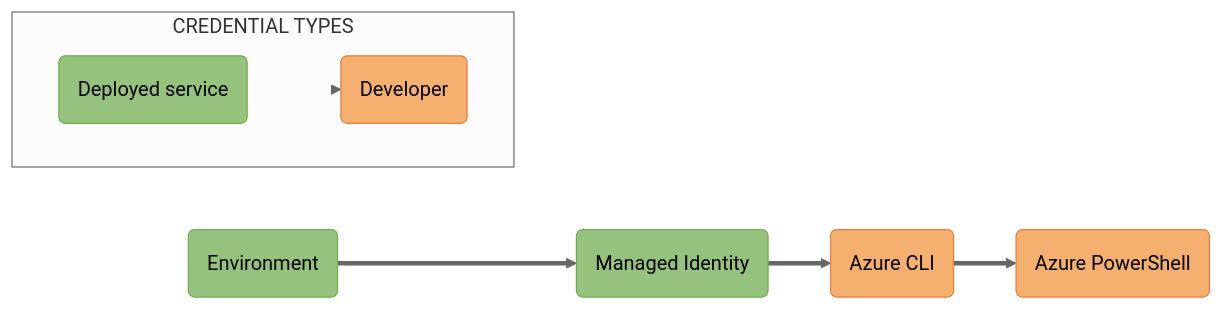
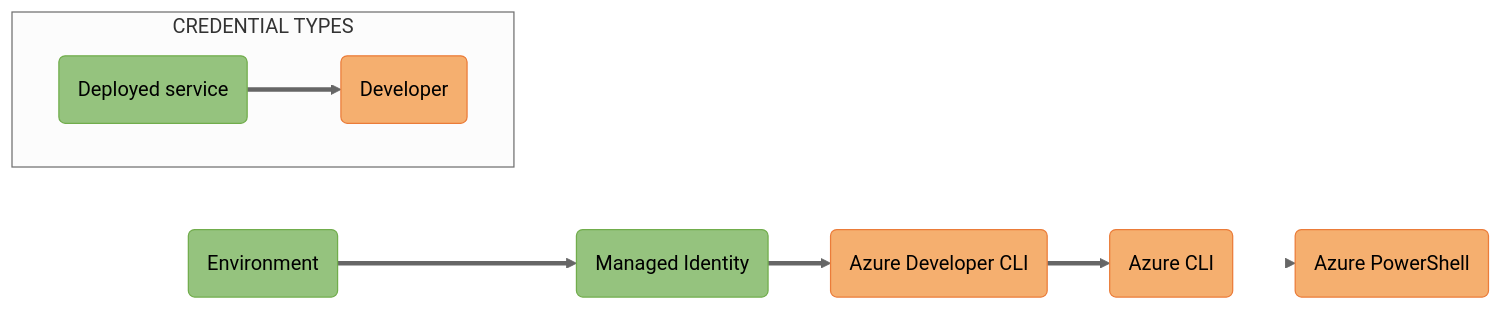
One commit to Azure/azure-sdk-for-js changed the diagram in sdk/identity/identity/images/mermaidjs/DefaultAzureCredentialAuthFlow.md. Above: the diagram before and after it, drawn with Mermaid (neutral theme). The commit also changed 3 other files, not shown here.

First line of the commit message:
[Identity] Added AzureDeveloperCli Credential to DefaultAzureCredential (#24826)

````diff
--- a/sdk/identity/identity/images/mermaidjs/DefaultAzureCredentialAuthFlow.md
+++ b/sdk/identity/identity/images/mermaidjs/DefaultAzureCredentialAuthFlow.md
@@ -1,27 +1,28 @@
 ```mermaid
 %% STEPS TO GENERATE IMAGE
 %% =======================
 %% 1. Install mermaid CLI (see https://github.com/mermaid-js/mermaid-cli/blob/master/README.md)
+%%    v8.14.0 is known good for our process. npm install -g @mermaid-js/mermaid-cli@8.14.0
 %% 2. Run command: mmdc -i DefaultAzureCredentialAuthFlow.md -o DefaultAzureCredentialAuthFlow.svg
 
 flowchart LR;
-    A(Environment):::deployed ==> B(Managed Identity):::deployed ==> D(Azure CLI):::developer ==> E(Azure PowerShell):::developer;
+    A(Environment):::deployed ==> B(Managed Identity):::deployed ==> C(Azure Developer CLI):::developer ==> D(Azure CLI):::developer ==> E(Azure PowerShell):::developer;
 
     subgraph CREDENTIAL TYPES;
         direction LR;
         Deployed(Deployed service):::deployed ==> Developer(Developer):::developer;
 
         %% Hide links between boxes in the legend by setting width to 0. The integers after "linkStyle" represent link indices.
         linkStyle 3 stroke-width:0px;
     end;
 
     %% Define styles for credential type boxes
     classDef deployed fill:#95C37E, stroke:#71AD4C;
     classDef developer fill:#F5AF6F, stroke:#EB7C39;
 
     %% Add API ref links to credential type boxes
-    click A "https://docs.microsoft.com/javascript/api/@azure/identity/environmentcredential?view=azure-node-latest" _blank;
-    click B "https://docs.microsoft.com/javascript/api/@azure/identity/managedidentitycredential?view=azure-node-latest" _blank;
-    click D "https://docs.microsoft.com/javascript/api/@azure/identity/azureclicredential?view=azure-node-latest" _blank;
-    click E "https://docs.microsoft.com/javascript/api/@azure/identity/azurepowershellcredential?view=azure-node-latest" _blank;
+    click A "https://learn.microsoft.com/javascript/api/@azure/identity/environmentcredential?view=azure-node-latest" _blank;
+    click B "https://learn.microsoft.com/javascript/api/@azure/identity/managedidentitycredential?view=azure-node-latest" _blank;
+    click D "https://learn.microsoft.com/javascript/api/@azure/identity/azureclicredential?view=azure-node-latest" _blank;
+    click E "https://learn.microsoft.com/javascript/api/@azure/identity/azurepowershellcredential?view=azure-node-latest" _blank;
 ```
````
